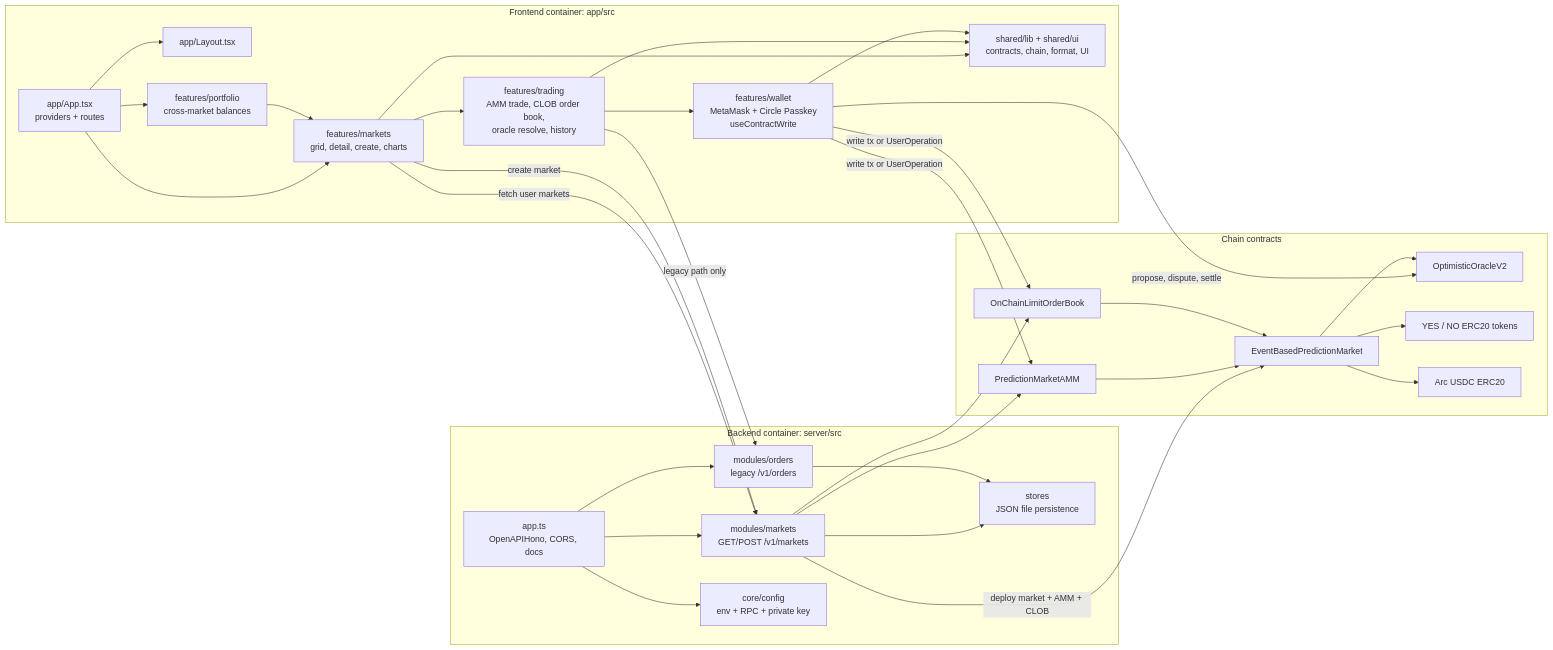
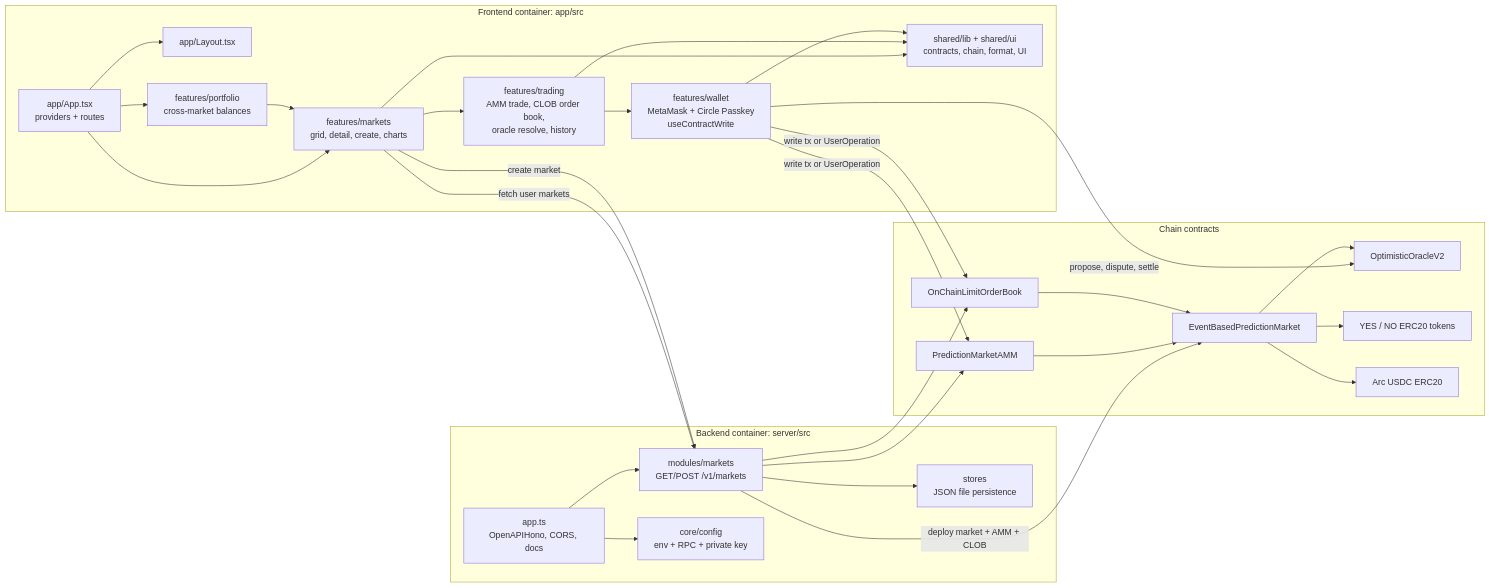
One commit to Kirashchuk/Predict-Edge changed the second of 5 diagrams in docs/architecture-ascii-mermaid.md. Above: the diagram before and after it, drawn with Mermaid. The commit also changed other lines of this file and 50 other files, not shown here.

````diff
--- a/docs/architecture-ascii-mermaid.md
+++ b/docs/architecture-ascii-mermaid.md
@@ -68,61 +68,57 @@
 ```mermaid
 flowchart LR
     subgraph Frontend["Frontend container: app/src"]
         AppShell["app/App.tsx<br/>providers + routes"]
         Layout["app/Layout.tsx"]
         Markets["features/markets<br/>grid, detail, create, charts"]
         Trading["features/trading<br/>AMM trade, CLOB order book,<br/>oracle resolve, history"]
         Portfolio["features/portfolio<br/>cross-market balances"]
         Wallet["features/wallet<br/>MetaMask + Circle Passkey<br/>useContractWrite"]
         Shared["shared/lib + shared/ui<br/>contracts, chain, format, UI"]
     end
 
     subgraph Backend["Backend container: server/src"]
         Hono["app.ts<br/>OpenAPIHono, CORS, docs"]
         MarketsApi["modules/markets<br/>GET/POST /v1/markets"]
-        OrdersApi["modules/orders<br/>legacy /v1/orders"]
         Config["core/config<br/>env + RPC + private key"]
         Stores["stores<br/>JSON file persistence"]
     end
 
     subgraph Contracts["Chain contracts"]
         EPM["EventBasedPredictionMarket"]
         AMM2["PredictionMarketAMM"]
         CLOB2["OnChainLimitOrderBook"]
         OO["OptimisticOracleV2"]
         TokenPair["YES / NO ERC20 tokens"]
         USDC2["Arc USDC ERC20"]
     end
 
     AppShell --> Layout
     AppShell --> Markets
     AppShell --> Portfolio
     Markets --> Trading
     Markets --> Shared
     Trading --> Wallet
     Trading --> Shared
     Portfolio --> Markets
     Wallet --> Shared
 
     Markets -->|fetch user markets| MarketsApi
     Markets -->|create market| MarketsApi
-    Trading -->|legacy path only| OrdersApi
 
     Hono --> MarketsApi
-    Hono --> OrdersApi
     Hono --> Config
     MarketsApi --> Stores
-    OrdersApi --> Stores
     MarketsApi -->|deploy market + AMM + CLOB| EPM
     MarketsApi --> AMM2
     MarketsApi --> CLOB2
 
     Wallet -->|write tx or UserOperation| AMM2
     Wallet -->|write tx or UserOperation| CLOB2
     Wallet -->|propose, dispute, settle| OO
     AMM2 --> EPM
     CLOB2 --> EPM
     EPM --> TokenPair
     EPM --> USDC2
     EPM --> OO
 ```
````
